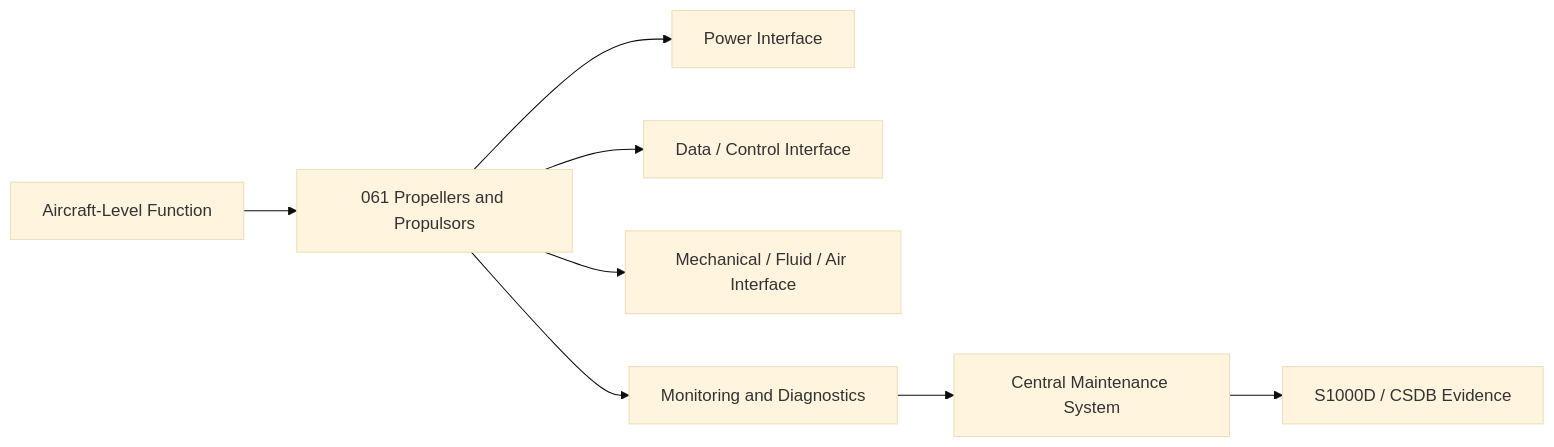
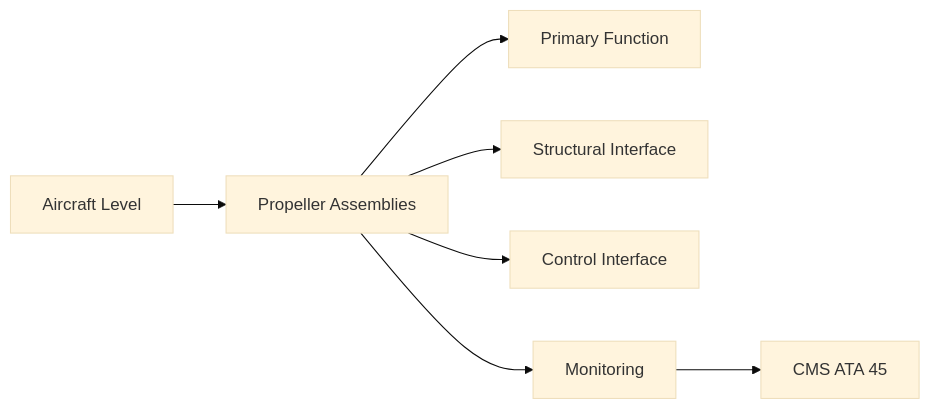
Before and after one commit to AmedeoPelliccia/Qplus-For-All-Queer-People-and-Quantum: the first of 2 diagrams in Q+ATLANTIDE/000-099_ATLAS/060-069_Propulsion-Tradicional/061_Propellers-and-Propulsors/061-010-Propeller-Assemblies.md, drawn with Mermaid (base theme). The commit also changed other lines of this file and 74 other files, not shown here.

````diff
--- a/Q+ATLANTIDE/000-099_ATLAS/060-069_Propulsion-Tradicional/061_Propellers-and-Propulsors/061-010-Propeller-Assemblies.md
+++ b/Q+ATLANTIDE/000-099_ATLAS/060-069_Propulsion-Tradicional/061_Propellers-and-Propulsors/061-010-Propeller-Assemblies.md
@@ -153,10 +92,9 @@
 ```mermaid
 flowchart LR
-    A[Aircraft-Level Function] --> B[061 Propellers and Propulsors]
-    B --> C[Power Interface]
-    B --> D[Data / Control Interface]
-    B --> E[Mechanical / Fluid / Air Interface]
-    B --> F[Monitoring and Diagnostics]
-    F --> G[Central Maintenance System]
-    G --> H[S1000D / CSDB Evidence]
+    A[Aircraft Level] --> B[Propeller Assemblies]
+    B --> C[Primary Function]
+    B --> D[Structural Interface]
+    B --> E[Control Interface]
+    B --> F[Monitoring]
+    F --> G[CMS ATA 45]
 ```
````
